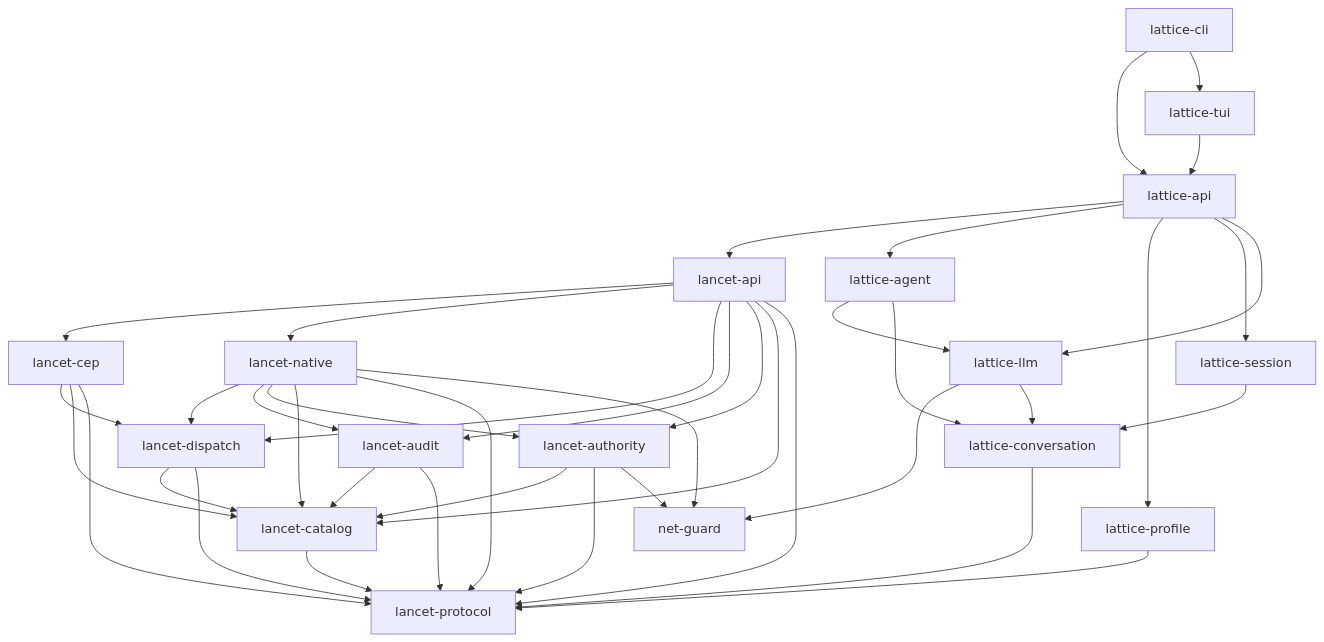
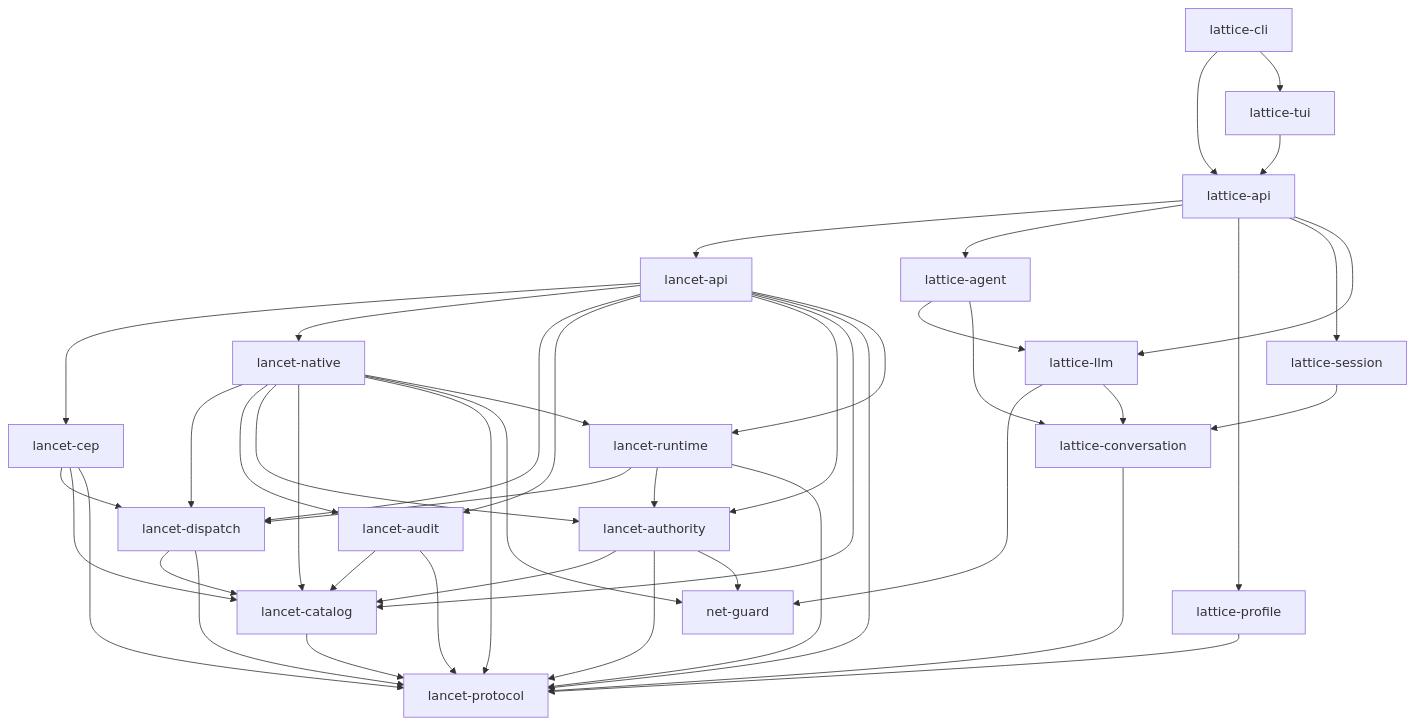
The second of 2 diagrams in docs/ARCHITECTURE.md (Skyline10124/lattice), drawn with Mermaid before and after one commit. The commit also changed other lines of this file and 2 other files, not shown here.

Commit message:
docs(issue-142): address review findings
- ARCHITECTURE.md: add missing lancet-runtime edges/rows (review P3)
- lattice-agent: fix two stale lattice-session comments (review P3)

```diff
--- a/docs/ARCHITECTURE.md
+++ b/docs/ARCHITECTURE.md
@@ -116,9 +116,9 @@
     %% Layer 3 — native handlers
     NATIVE["lancet-native"]
 
-    %% Layer 2.5 — CEP facade
+    %% Layer 2.5 — CEP facade / runtime
     CEP["lancet-cep"]
-
+    RUNTIME["lancet-runtime"]
     %% Layer 2 — dispatch / audit / authority
     DISPATCH["lancet-dispatch"]
     AUDIT["lancet-audit"]
@@ -155,19 +155,23 @@
     NAPI --> AUTHORITY
     NAPI --> CATALOG
     NAPI --> PROTOCOL
+    NAPI --> RUNTIME
 
-    %% Layer 3 -> 2 + 1 + 0
+    %% Layer 3 -> 2.5 + 2 + 1 + 0
     NATIVE --> DISPATCH
     NATIVE --> AUDIT
     NATIVE --> AUTHORITY
     NATIVE --> CATALOG
     NATIVE --> PROTOCOL
     NATIVE --> NETGUARD
+    NATIVE --> RUNTIME
     %% Layer 2.5 -> 2 + 1 + 0
     CEP --> DISPATCH
     CEP --> CATALOG
     CEP --> PROTOCOL
-
+    RUNTIME --> DISPATCH
+    RUNTIME --> AUTHORITY
+    RUNTIME --> PROTOCOL
     %% Layer 2 -> 1 + 0
     DISPATCH --> CATALOG
     DISPATCH --> PROTOCOL
```
